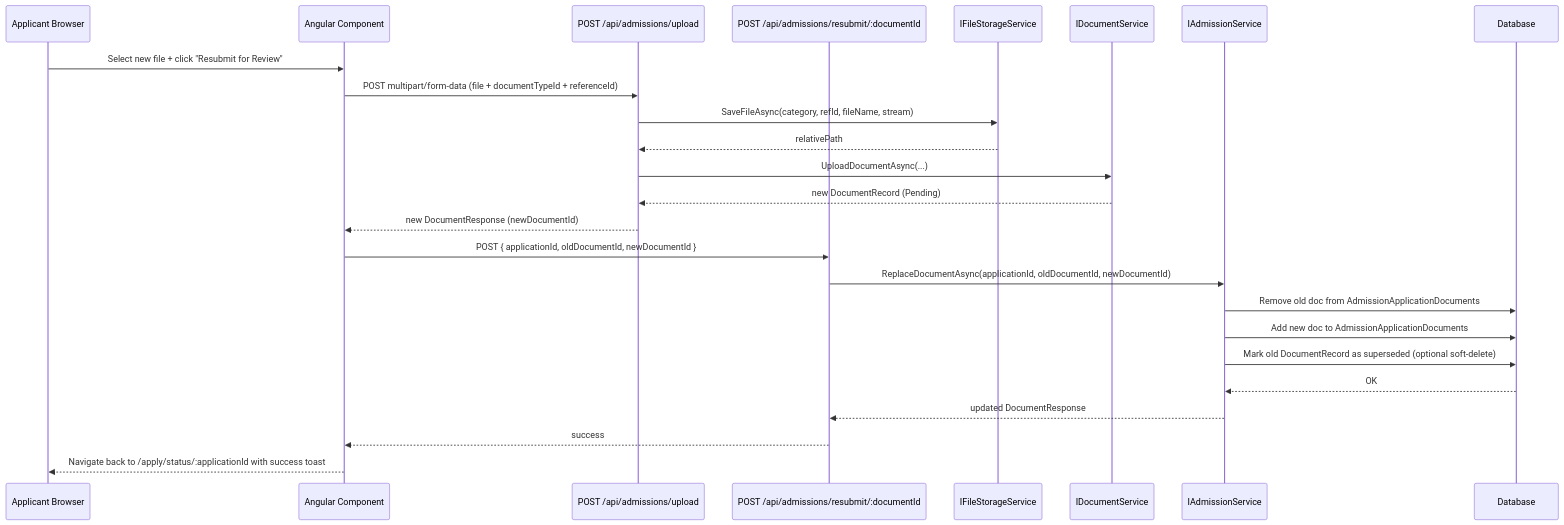
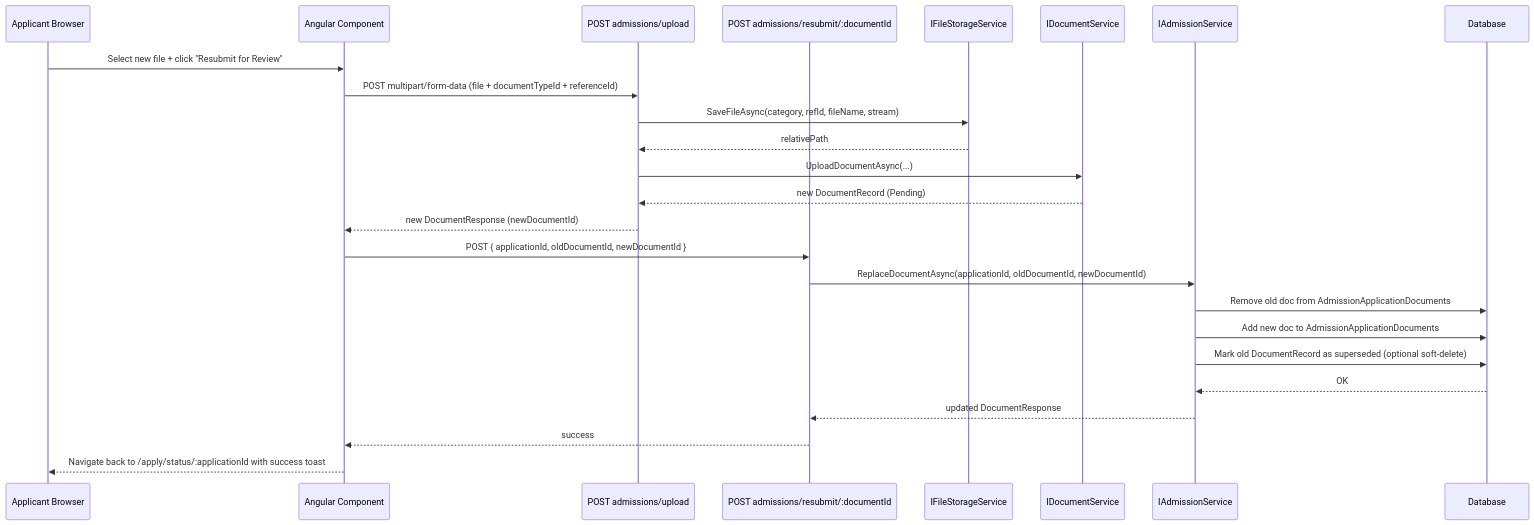
The third of 4 diagrams in .kiro/specs/document-resubmission/design.md (standevel/LMSApi), drawn with Mermaid before and after one commit. The commit also changed other lines of this file and 3081 other files, not shown here.

````diff
--- a/.kiro/specs/document-resubmission/design.md
+++ b/.kiro/specs/document-resubmission/design.md
@@ -50,28 +50,28 @@
 ```mermaid
 sequenceDiagram
     participant U as Applicant Browser
     participant A as Angular Component
-    participant Upload as POST /api/admissions/upload
-    participant Resubmit as POST /api/admissions/resubmit/:documentId
+    participant Upload as POST admissions/upload
+    participant Resubmit as POST admissions/resubmit/:documentId
     participant FS as IFileStorageService
     participant DS as IDocumentService
     participant AS as IAdmissionService
     participant DB as Database
 
     U->>A: Select new file + click "Resubmit for Review"
     A->>Upload: POST multipart/form-data (file + documentTypeId + referenceId)
     Upload->>FS: SaveFileAsync(category, refId, fileName, stream)
     FS-->>Upload: relativePath
     Upload->>DS: UploadDocumentAsync(...)
     DS-->>Upload: new DocumentRecord (Pending)
     Upload-->>A: new DocumentResponse (newDocumentId)
     A->>Resubmit: POST { applicationId, oldDocumentId, newDocumentId }
     Resubmit->>AS: ReplaceDocumentAsync(applicationId, oldDocumentId, newDocumentId)
     AS->>DB: Remove old doc from AdmissionApplicationDocuments
     AS->>DB: Add new doc to AdmissionApplicationDocuments
     AS->>DB: Mark old DocumentRecord as superseded (optional soft-delete)
     DB-->>AS: OK
     AS-->>Resubmit: updated DocumentResponse
     Resubmit-->>A: success
     A-->>U: Navigate back to /apply/status/:applicationId with success toast
 ```
````
